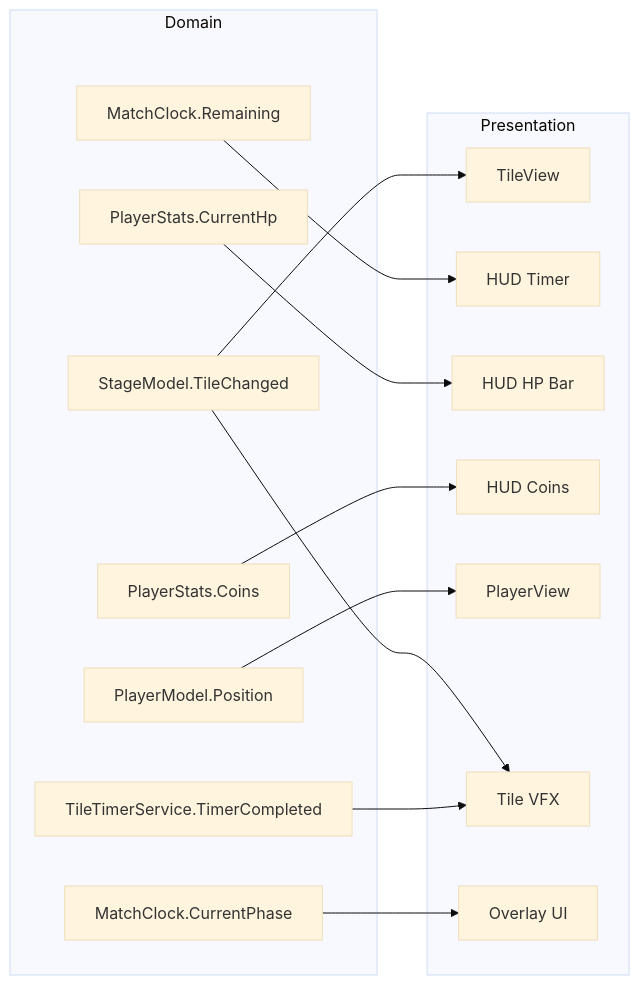
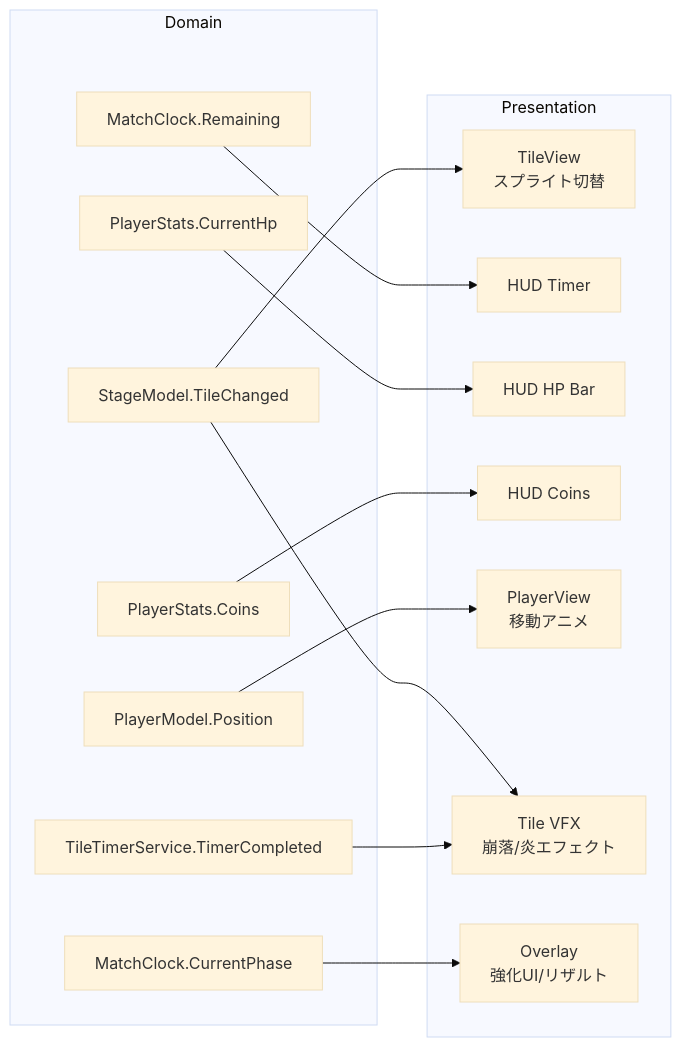
One commit to OUCC/2026-spring-hackathon-teamA changed the tenth of 10 diagrams in docs/architecture.md. Above: the diagram before and after it, drawn with Mermaid (base theme). The commit also changed other lines of this file, not shown here.

First line of the commit message:
architecture.md のエラーなし図の情報量を復元

````diff
--- a/docs/architecture.md
+++ b/docs/architecture.md
@@ -374,31 +372,31 @@
 ```mermaid
 flowchart LR
     subgraph Domain
         SM_TC[StageModel.TileChanged]
         MC_R[MatchClock.Remaining]
         MC_P[MatchClock.CurrentPhase]
         PS_HP[PlayerStats.CurrentHp]
         PS_C[PlayerStats.Coins]
         PM_Pos[PlayerModel.Position]
         TTS[TileTimerService.TimerCompleted]
     end
 
     subgraph Presentation
-        TV[TileView]
+        TV["TileView<br/>スプライト切替"]
         HUD_T[HUD Timer]
         HUD_HP[HUD HP Bar]
         HUD_C[HUD Coins]
-        PV[PlayerView]
-        TVFX[Tile VFX]
-        OV[Overlay UI]
+        PV["PlayerView<br/>移動アニメ"]
+        TVFX["Tile VFX<br/>崩落/炎エフェクト"]
+        OV["Overlay<br/>強化UI/リザルト"]
     end
 
     SM_TC --> TV
     SM_TC --> TVFX
     MC_R --> HUD_T
     MC_P --> OV
     PS_HP --> HUD_HP
     PS_C --> HUD_C
     PM_Pos --> PV
     TTS --> TVFX
 ```
````
